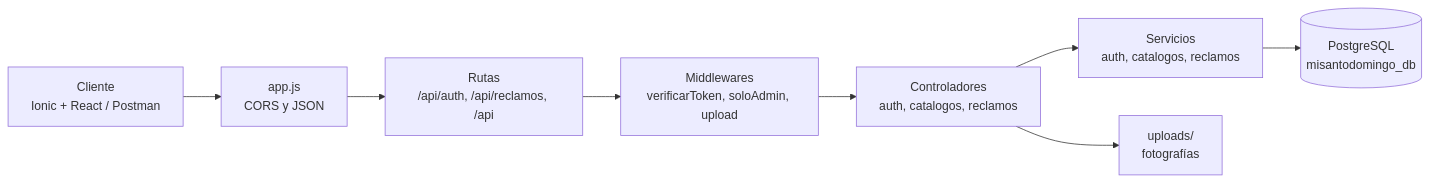
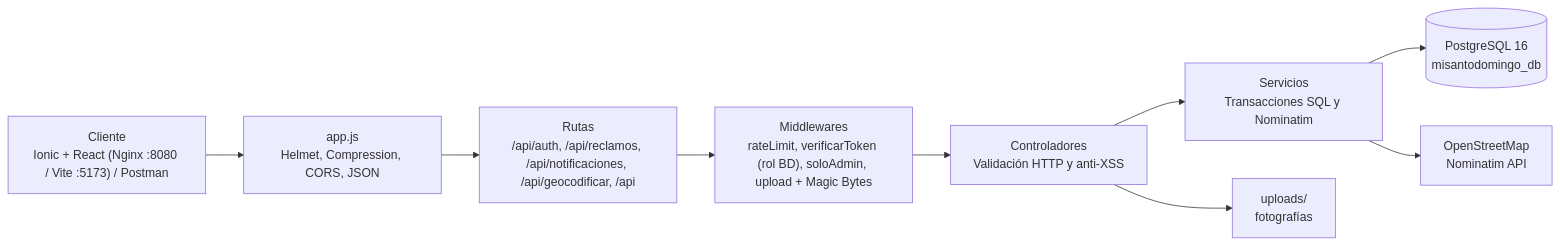
Before and after one commit to sebagarayn/MiSantoDomingo: the first of 2 diagrams in README.md, drawn with Mermaid. The commit also changed other lines of this file, not shown here.

````diff
--- a/README.md
+++ b/README.md
@@ -228,10 +225,11 @@
 ```mermaid
 flowchart LR
-    C["Cliente<br/>Ionic + React / Postman"] --> A["app.js<br/>CORS y JSON"]
-    A --> R["Rutas<br/>/api/auth, /api/reclamos, /api"]
-    R --> M["Middlewares<br/>verificarToken, soloAdmin, upload"]
-    M --> K["Controladores<br/>auth, catalogos, reclamos"]
-    K --> S["Servicios<br/>auth, catalogos, reclamos"]
-    S --> P[("PostgreSQL<br/>misantodomingo_db")]
+    C["Cliente<br/>Ionic + React (Nginx :8080 / Vite :5173) / Postman"] --> A["app.js<br/>Helmet, Compression, CORS, JSON"]
+    A --> R["Rutas<br/>/api/auth, /api/reclamos, /api/notificaciones, /api/geocodificar, /api"]
+    R --> M["Middlewares<br/>rateLimit, verificarToken (rol BD), soloAdmin, upload + Magic Bytes"]
+    M --> K["Controladores<br/>Validación HTTP y anti-XSS"]
+    K --> S["Servicios<br/>Transacciones SQL y Nominatim"]
+    S --> P[("PostgreSQL 16<br/>misantodomingo_db")]
+    S --> OSM["OpenStreetMap<br/>Nominatim API"]
     K --> U["uploads/<br/>fotografías"]
 ```
````
